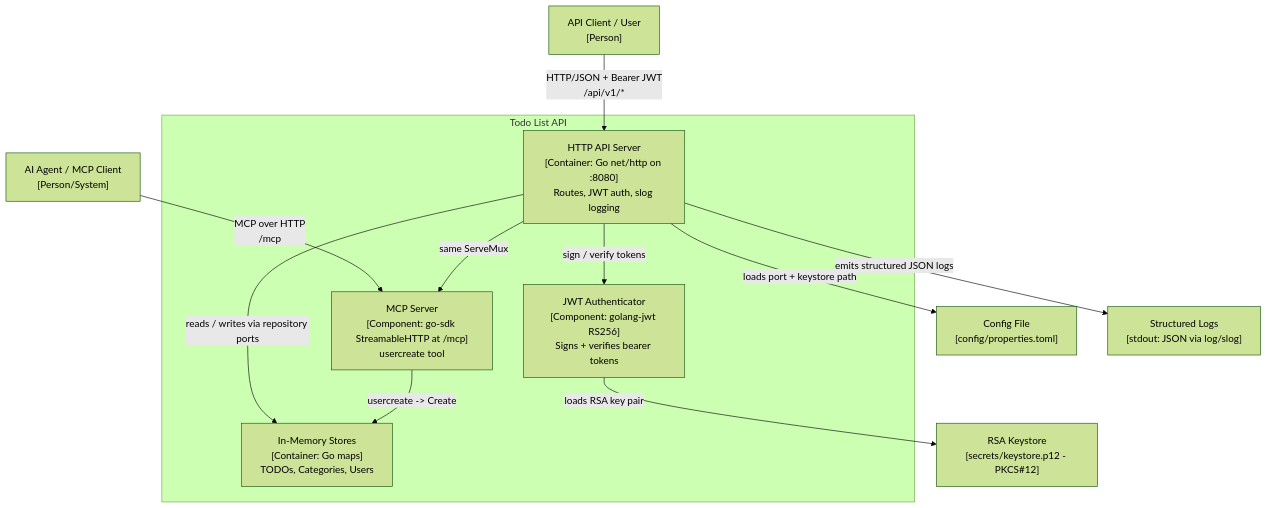
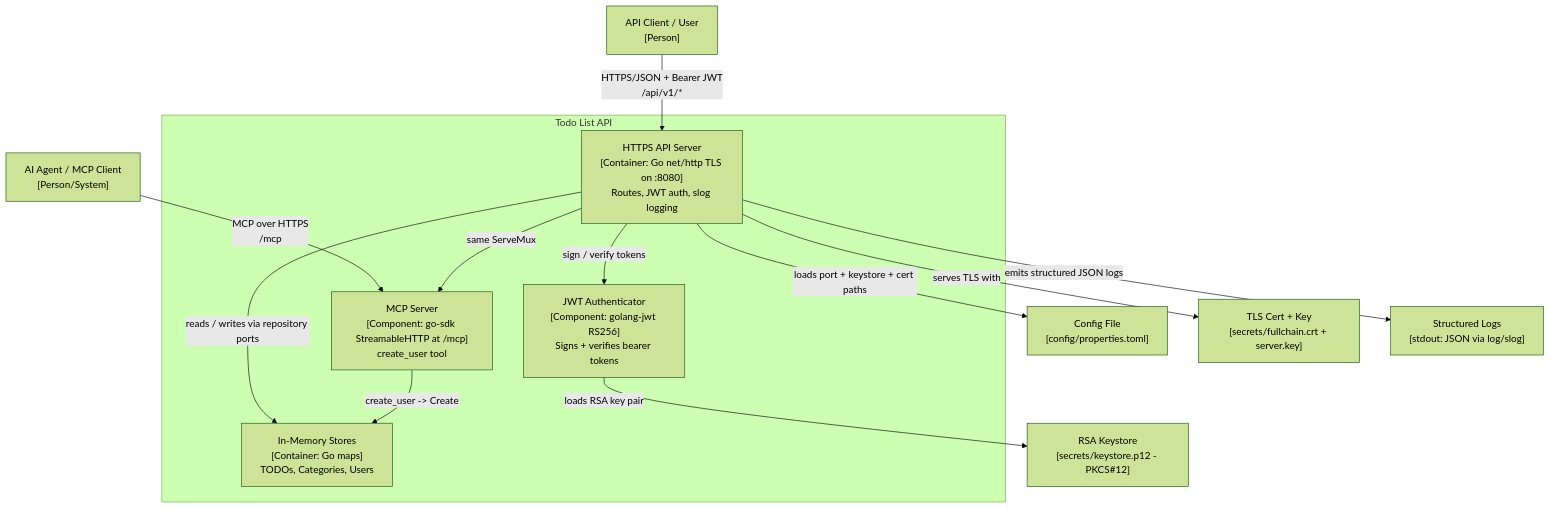
Before and after one commit to rahulkrishnanfs/todolist: the second of 3 diagrams in README.md, drawn with Mermaid (forest theme). The commit also changed other lines of this file and 1 other file, not shown here.

First line of the commit message:
docs: refresh README and code review for MCP/HTTPS (#67)

````diff
--- a/README.md
+++ b/README.md
@@ -252,26 +265,28 @@
 ```mermaid
 flowchart TD
     user["API Client / User<br/>[Person]"]
     agent["AI Agent / MCP Client<br/>[Person/System]"]
 
     subgraph todoApp [Todo List API]
-        api["HTTP API Server<br/>[Container: Go net/http on :8080]<br/>Routes, JWT auth, slog logging"]
-        mcpsrv["MCP Server<br/>[Component: go-sdk StreamableHTTP at /mcp]<br/>usercreate tool"]
+        api["HTTPS API Server<br/>[Container: Go net/http TLS on :8080]<br/>Routes, JWT auth, slog logging"]
+        mcpsrv["MCP Server<br/>[Component: go-sdk StreamableHTTP at /mcp]<br/>create_user tool"]
         authc["JWT Authenticator<br/>[Component: golang-jwt RS256]<br/>Signs + verifies bearer tokens"]
         store["In-Memory Stores<br/>[Container: Go maps]<br/>TODOs, Categories, Users"]
     end
 
     cfg["Config File<br/>[config/properties.toml]"]
     keys["RSA Keystore<br/>[secrets/keystore.p12 - PKCS#12]"]
+    tls["TLS Cert + Key<br/>[secrets/fullchain.crt + server.key]"]
     logs["Structured Logs<br/>[stdout: JSON via log/slog]"]
 
-    user -->|"HTTP/JSON + Bearer JWT<br/>/api/v1/*"| api
-    agent -->|"MCP over HTTP<br/>/mcp"| mcpsrv
+    user -->|"HTTPS/JSON + Bearer JWT<br/>/api/v1/*"| api
+    agent -->|"MCP over HTTPS<br/>/mcp"| mcpsrv
     api -->|"same ServeMux"| mcpsrv
     api -->|"sign / verify tokens"| authc
     api -->|"reads / writes via repository ports"| store
-    mcpsrv -->|"usercreate -> Create"| store
-    api -->|"loads port + keystore path"| cfg
+    mcpsrv -->|"create_user -> Create"| store
+    api -->|"loads port + keystore + cert paths"| cfg
+    api -->|"serves TLS with"| tls
     authc -->|"loads RSA key pair"| keys
     api -->|"emits structured JSON logs"| logs
 ```
````
